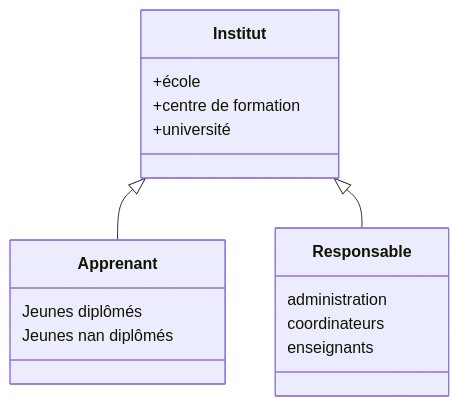
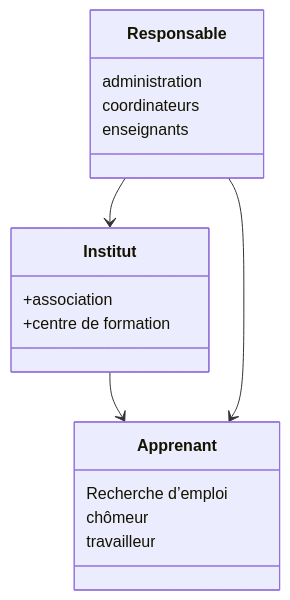
Before and after one commit to bouzidifatimazohra00-ux/inclusion-numerique-93: the diagram in acteurFatimah.md, drawn with Mermaid. The commit also changed other lines of this file, not shown here.

Commit message:
Update acteurFatimah.md
insertion professionnelle

````diff
--- a/acteurFatimah.md
+++ b/acteurFatimah.md
@@ -2,19 +2,20 @@
 ```mermaid
 classDiagram
 direction TB
     class Institut {
-	    +école
-	    +centre de formation
-	    +université}
+	    +association
+	    +centre de formation}
     class Responsable {
       administration
       coordinateurs
       enseignants}
 
     class Apprenant {
-	   Jeunes diplômés
-	   Jeunes nan diplômés
+	   Recherche d’emploi
+	   chômeur
+       travailleur
    }
-    Institut <|-- Apprenant
-    Institut <|-- Responsable
+    Institut --> Apprenant   
+    Responsable --> Institut
+    Responsable --> Apprenant 
 ```
````
